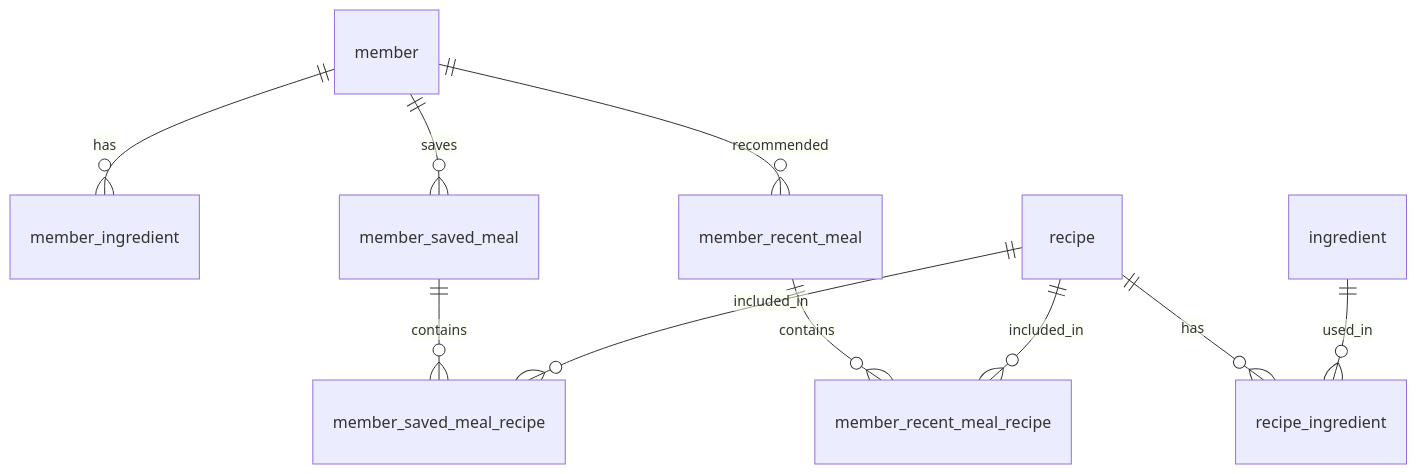
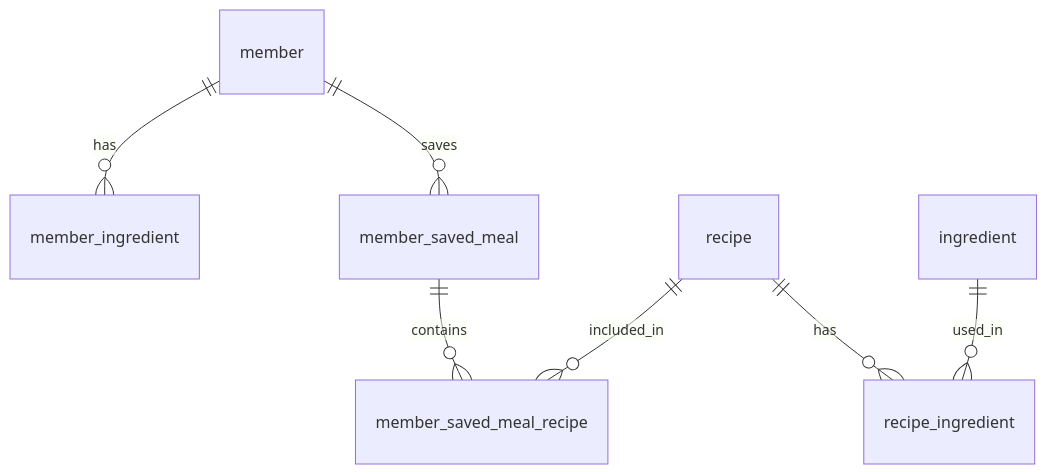
One commit to hg-proj/mealgram changed the first of 2 diagrams in docs/ERD.md. Above: the diagram before and after it, drawn with Mermaid. The commit also changed other lines of this file and 1 other file, not shown here.

Commit message:
docs: ERD, 컨벤션 문서 보완 (#6)

````diff
--- a/docs/ERD.md
+++ b/docs/ERD.md
@@ -25,12 +23,9 @@
 ```mermaid
 erDiagram
     member ||--o{ member_ingredient : has
     member ||--o{ member_saved_meal : saves
     member_saved_meal ||--o{ member_saved_meal_recipe : contains
     recipe ||--o{ member_saved_meal_recipe : included_in
     recipe ||--o{ recipe_ingredient : has
     ingredient ||--o{ recipe_ingredient : used_in
-    member ||--o{ member_recent_meal : recommended
-    member_recent_meal ||--o{ member_recent_meal_recipe : contains
-    recipe ||--o{ member_recent_meal_recipe : included_in
 ```
````
